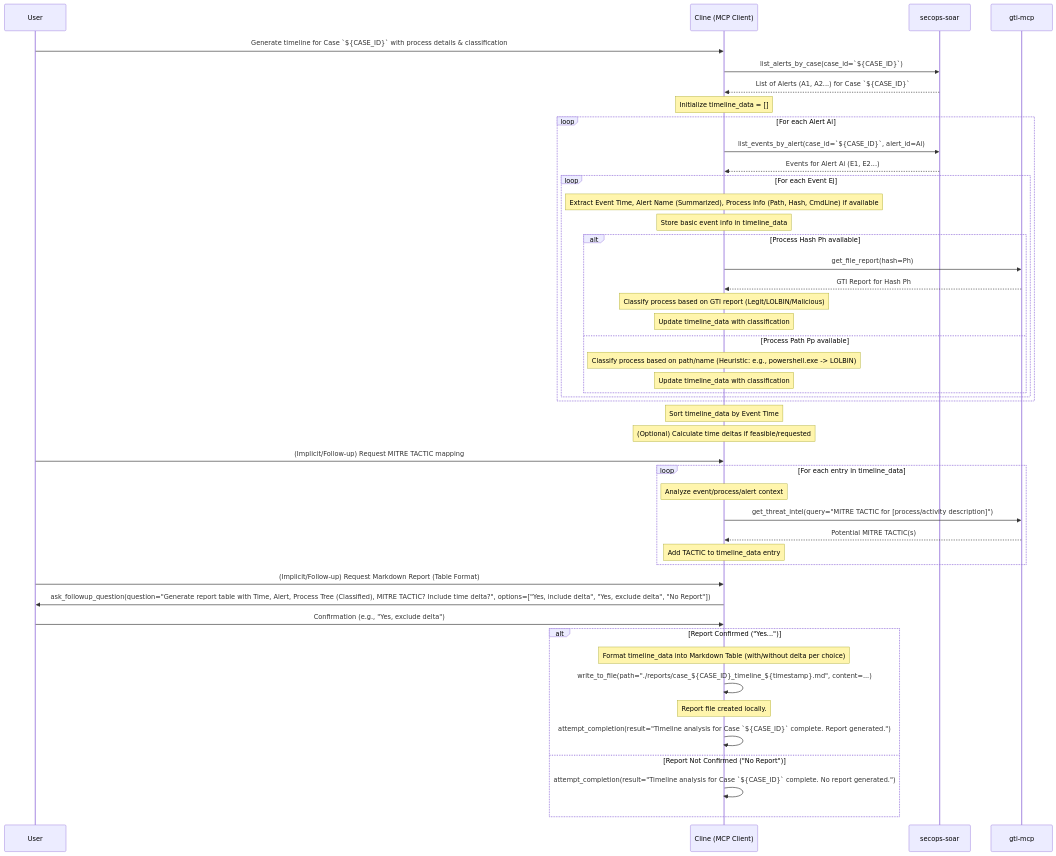
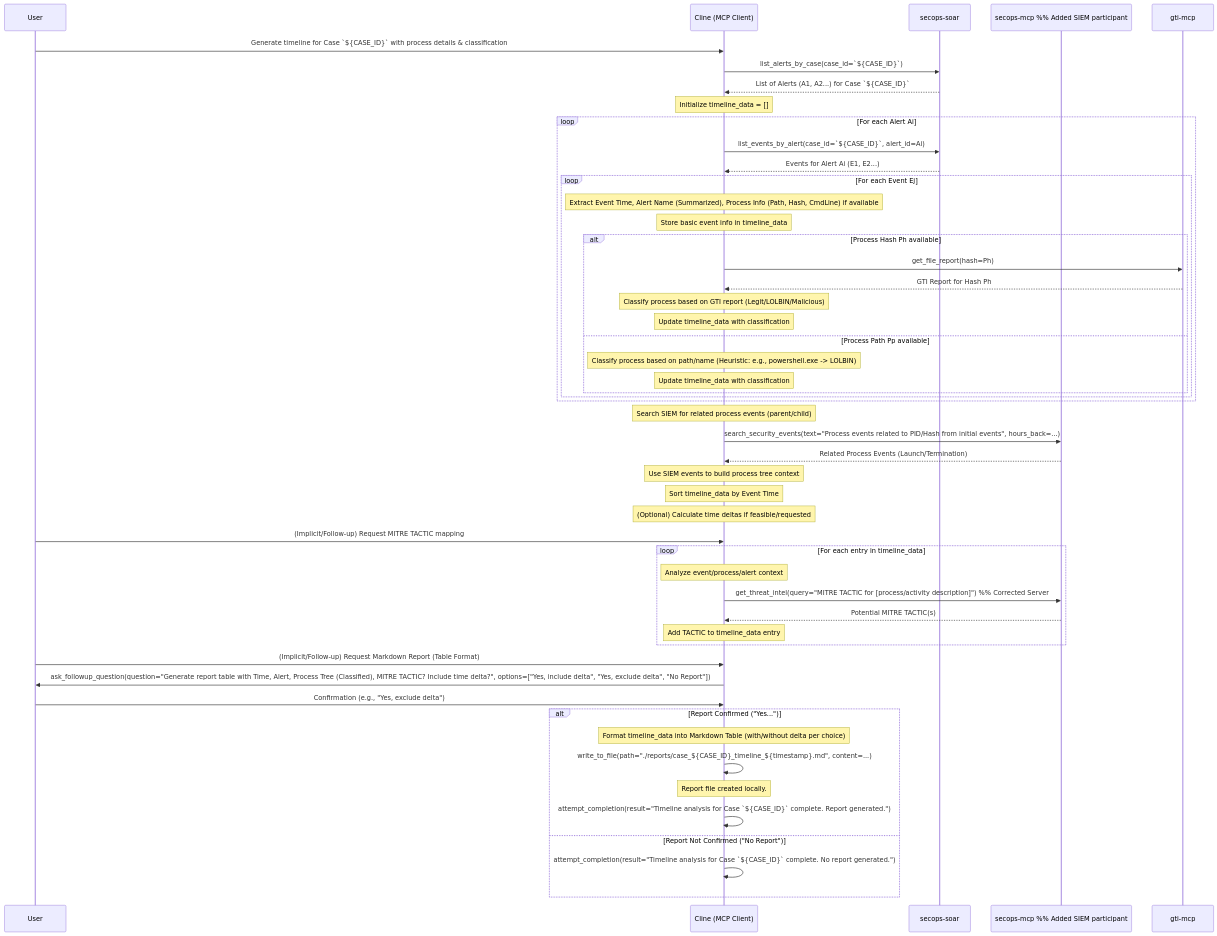
One commit to google/mcp-security changed diagram 11 of 12 in WORKFLOWS.md. Above: the diagram before and after it, drawn with Mermaid. The commit also changed other lines of this file, not shown here.

Commit message:
add process tree

````diff
--- a/WORKFLOWS.md
+++ b/WORKFLOWS.md
@@ -877,55 +878,61 @@
 ```{mermaid}
 sequenceDiagram
     participant User
     participant Cline as Cline (MCP Client)
     participant SOAR as secops-soar
+    participant SIEM as secops-mcp %% Added SIEM participant
     participant GTI as gti-mcp
 
     User->>Cline: Generate timeline for Case `${CASE_ID}` with process details & classification
     Cline->>SOAR: list_alerts_by_case(case_id=`${CASE_ID}`)
     SOAR-->>Cline: List of Alerts (A1, A2...) for Case `${CASE_ID}`
 
     Note over Cline: Initialize timeline_data = []
     loop For each Alert Ai
         Cline->>SOAR: list_events_by_alert(case_id=`${CASE_ID}`, alert_id=Ai)
         SOAR-->>Cline: Events for Alert Ai (E1, E2...)
         loop For each Event Ej
             Note over Cline: Extract Event Time, Alert Name (Summarized), Process Info (Path, Hash, CmdLine) if available
             Note over Cline: Store basic event info in timeline_data
             alt Process Hash Ph available
                 Cline->>GTI: get_file_report(hash=Ph)
                 GTI-->>Cline: GTI Report for Hash Ph
                 Note over Cline: Classify process based on GTI report (Legit/LOLBIN/Malicious)
                 Note over Cline: Update timeline_data with classification
             else Process Path Pp available
                 Note over Cline: Classify process based on path/name (Heuristic: e.g., powershell.exe -> LOLBIN)
                 Note over Cline: Update timeline_data with classification
             end
         end
     end
 
+    Note over Cline: Search SIEM for related process events (parent/child)
+    Cline->>SIEM: search_security_events(text="Process events related to PID/Hash from initial events", hours_back=...)
+    SIEM-->>Cline: Related Process Events (Launch/Termination)
+    Note over Cline: Use SIEM events to build process tree context
+
     Note over Cline: Sort timeline_data by Event Time
     Note over Cline: (Optional) Calculate time deltas if feasible/requested
 
     User->>Cline: (Implicit/Follow-up) Request MITRE TACTIC mapping
     loop For each entry in timeline_data
         Note over Cline: Analyze event/process/alert context
-        Cline->>GTI: get_threat_intel(query="MITRE TACTIC for [process/activity description]")
-        GTI-->>Cline: Potential MITRE TACTIC(s)
+        Cline->>SIEM: get_threat_intel(query="MITRE TACTIC for [process/activity description]") %% Corrected Server
+        SIEM-->>Cline: Potential MITRE TACTIC(s)
         Note over Cline: Add TACTIC to timeline_data entry
     end
 
     User->>Cline: (Implicit/Follow-up) Request Markdown Report (Table Format)
     Cline->>User: ask_followup_question(question="Generate report table with Time, Alert, Process Tree (Classified), MITRE TACTIC? Include time delta?", options=["Yes, include delta", "Yes, exclude delta", "No Report"])
     User->>Cline: Confirmation (e.g., "Yes, exclude delta")
 
     alt Report Confirmed ("Yes...")
         Note over Cline: Format timeline_data into Markdown Table (with/without delta per choice)
         Cline->>Cline: write_to_file(path="./reports/case_${CASE_ID}_timeline_${timestamp}.md", content=...)
         Note over Cline: Report file created locally.
         Cline->>Cline: attempt_completion(result="Timeline analysis for Case `${CASE_ID}` complete. Report generated.")
     else Report Not Confirmed ("No Report")
         Cline->>Cline: attempt_completion(result="Timeline analysis for Case `${CASE_ID}` complete. No report generated.")
     end
 
 ```
````
